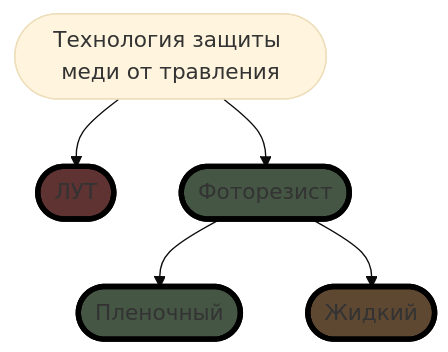
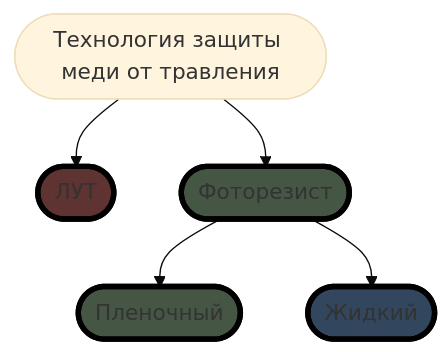
One commit to ufrs12/OLTA-RU changed the fourth of 5 diagrams in README.md. Above: the diagram before and after it, drawn with Mermaid (base theme).

````diff
--- a/README.md
+++ b/README.md
@@ -76,20 +76,20 @@
 ```mermaid
 graph TD;
 classDef class1 fill:#544457, stroke:#000, stroke-width:4px
 classDef class2 fill:#32465e, stroke:#000, stroke-width:4px
 classDef class3 fill:#455744, stroke:#000, stroke-width:4px
 classDef class4 fill:#5e4832, stroke:#000, stroke-width:4px
 classDef class5 fill:#5e3332, stroke:#000, stroke-width:4px
 
     Z([Технология защиты меди от травления])
     A([ЛУТ]):::class5
     B([Фоторезист]):::class3
     C([Пленочный]):::class3
-    D([Жидкий]):::class4
+    D([Жидкий]):::class2
 
     Z-->A;
     Z-->B;
 
     B-->C;
     B-->D;
 ```
````
